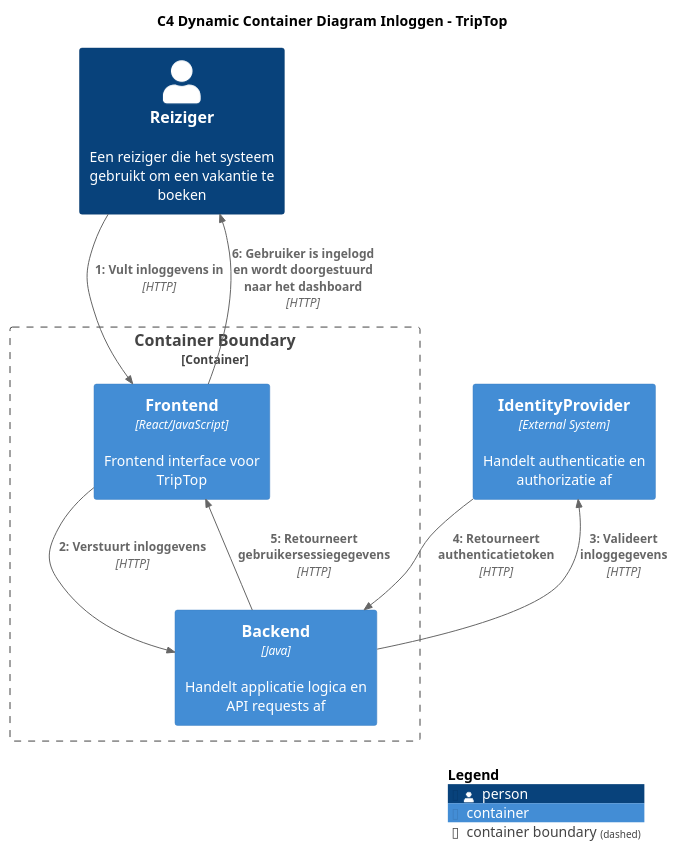
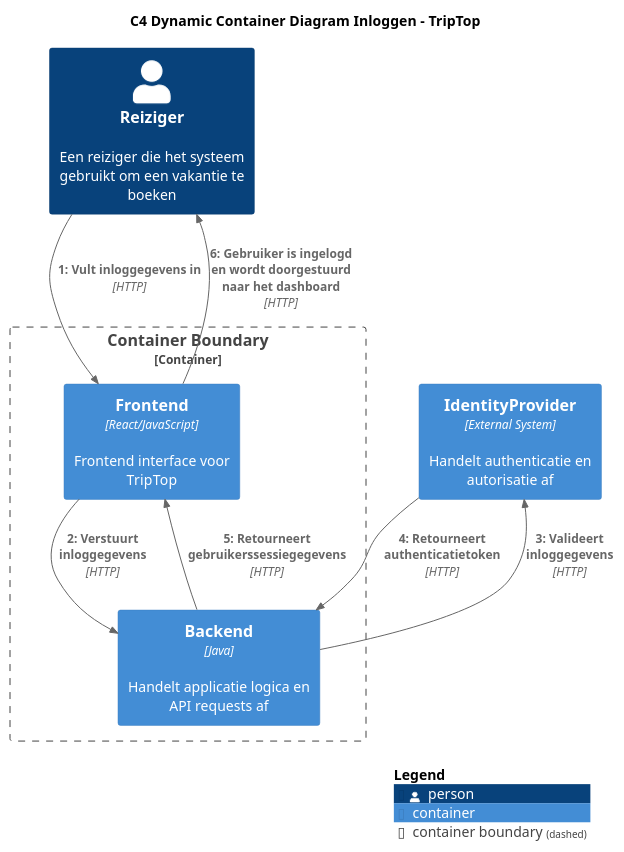
The diagram in C4_diagrammen/DynamicContainerDiagramLoggingIn.puml (AIM-ENE-feb25/triptop-groep-b4), drawn with PlantUML before and after one commit. The commit also changed 5 other files, not shown here.

```diff
--- a/C4_diagrammen/DynamicContainerDiagramLoggingIn.puml
+++ b/C4_diagrammen/DynamicContainerDiagramLoggingIn.puml
@@ -1,22 +1,22 @@
 @startuml
 !include https://raw.githubusercontent.com/plantuml-stdlib/C4-PlantUML/master/C4_Container.puml
 
 title C4 Dynamic Container Diagram Inloggen - TripTop
 
 Person(Reiziger, "Reiziger", "Een reiziger die het systeem gebruikt om een vakantie te boeken")
 
 Container_Boundary(ContainerBoundary, "Container Boundary") {
     Container(Frontend, "Frontend", "React/JavaScript", "Frontend interface voor TripTop")
     Container(Backend, "Backend", "Java", "Handelt applicatie logica en API requests af")
 }
-Container(IdentityProvider, "IdentityProvider", "External System", "Handelt authenticatie en authorizatie af")
+Container(IdentityProvider, "IdentityProvider", "External System", "Handelt authenticatie en autorisatie af")
 
-Rel(Reiziger, Frontend, "1: Vult inloggevens in", $techn="HTTP", $tags="", $link="")
-Rel(Frontend, Backend, "2: Verstuurt inloggevens", $techn="HTTP", $tags="", $link="")
+Rel(Reiziger, Frontend, "1: Vult inloggegevens in", $techn="HTTP", $tags="", $link="")
+Rel(Frontend, Backend, "2: Verstuurt inloggegevens", $techn="HTTP", $tags="", $link="")
 Rel(Backend, IdentityProvider, "3: Valideert inloggegevens", $techn="HTTP", $tags="", $link="")
 Rel(IdentityProvider, Backend, "4: Retourneert authenticatietoken", $techn="HTTP", $tags="", $link="")
-Rel(Backend, Frontend, "5: Retourneert gebruikersessiegegevens", $techn="HTTP", $tags="", $link="")
+Rel(Backend, Frontend, "5: Retourneert gebruikerssessiegegevens", $techn="HTTP", $tags="", $link="")
 Rel(Frontend, Reiziger, "6: Gebruiker is ingelogd en wordt doorgestuurd naar het dashboard", $techn="HTTP", $tags="", $link="")
 
 SHOW_LEGEND(true)
 @enduml
```
